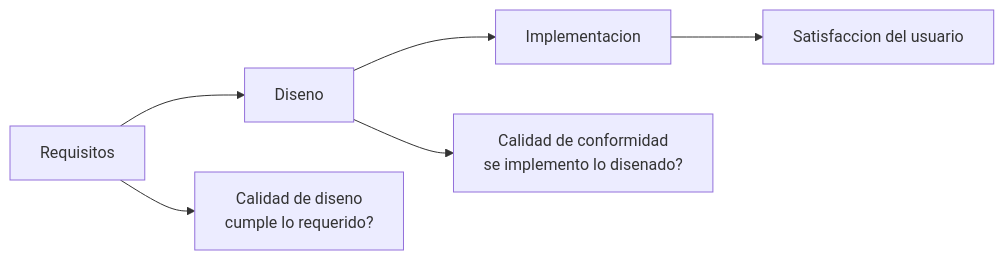
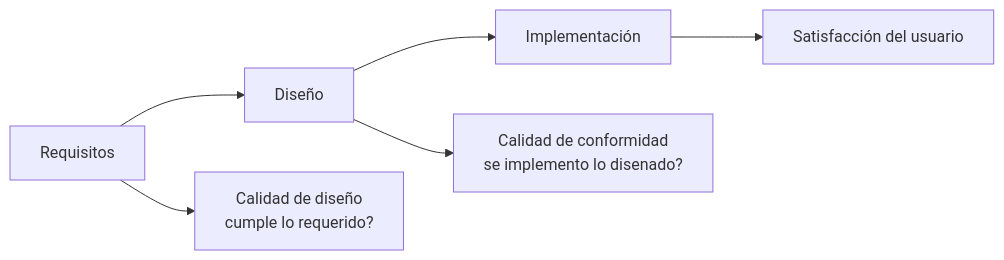
One commit to unlam-informatica/diseno-de-software changed the ninth of 9 diagrams in unidad-1/teoria.md. Above: the diagram before and after it, drawn with Mermaid. The commit also changed 1 other file, not shown here.

Commit message:
añadir borde a tablas

````diff
--- a/unidad-1/teoria.md
+++ b/unidad-1/teoria.md
@@ -717,8 +717,8 @@
 ```mermaid
 flowchart LR
-    R["Requisitos"] --> D["Diseno"]
-    D --> I["Implementacion"]
-    R --> QD["Calidad de diseno<br/>cumple lo requerido?"]
+    R["Requisitos"] --> D["Diseño"]
+    D --> I["Implementación"]
+    R --> QD["Calidad de diseño<br/>cumple lo requerido?"]
     D --> QC["Calidad de conformidad<br/>se implemento lo disenado?"]
-    I --> U["Satisfaccion del usuario"]
+    I --> U["Satisfacción del usuario"]
 ```
````
